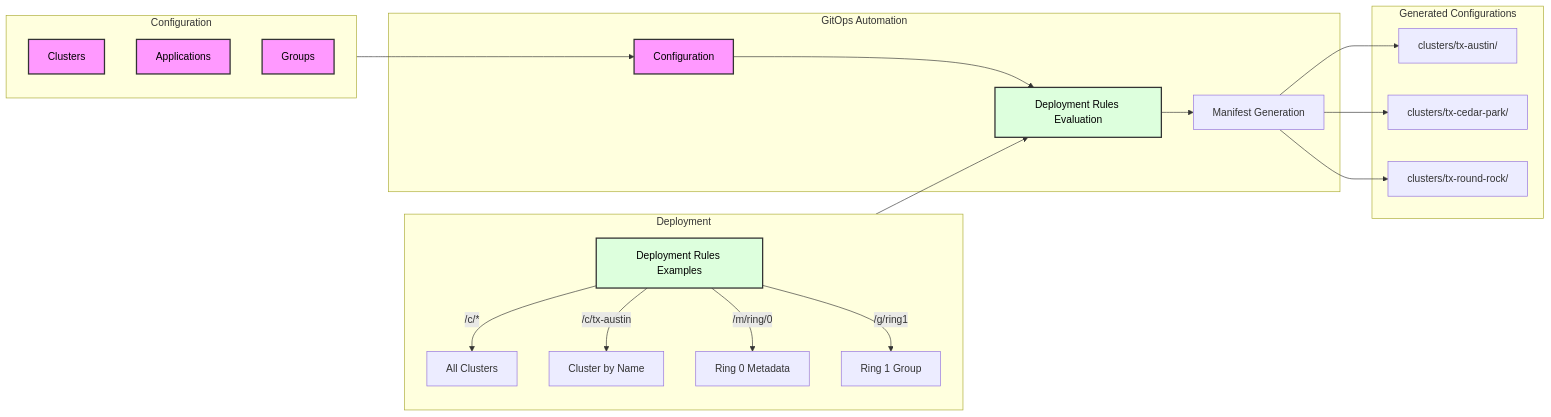
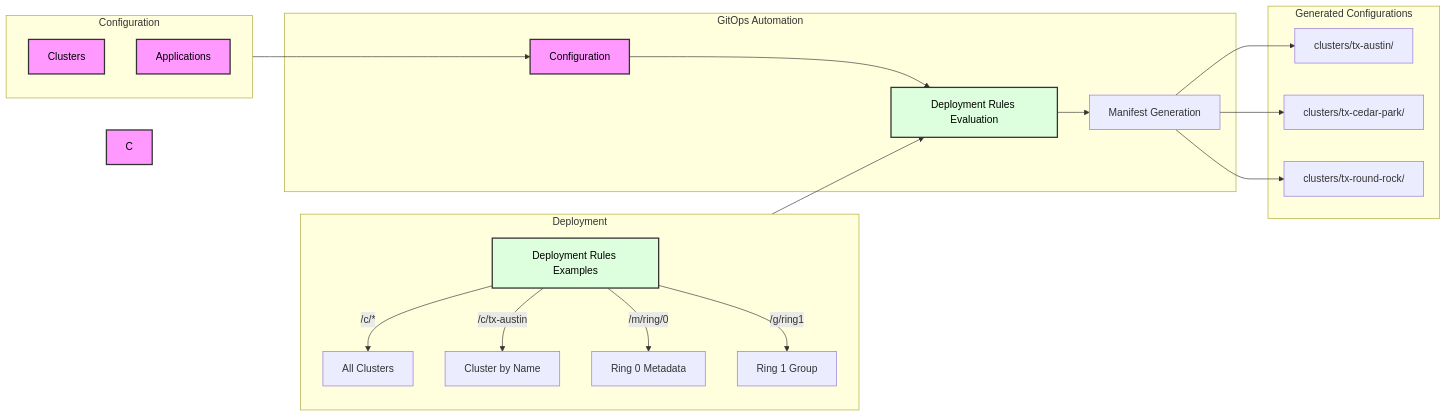
Before and after one commit to bartr/gitopsautomation: the first of 2 diagrams in README.md, drawn with Mermaid. The commit also changed other lines of this file and 8 other files, not shown here.

````diff
--- a/README.md
+++ b/README.md
@@ -117,37 +137,36 @@
 ```mermaid
 graph LR
     subgraph "Configuration"
         A[Clusters]
         B[Applications]
-        C[Groups]
     end
 
     subgraph "Deployment"
         J[Deployment Rules Examples]
         J --> |"/c/*"| K[All Clusters]
         J --> |"/c/tx-austin"| N[Cluster by Name]
         J --> |"/m/ring/0"| L[Ring 0 Metadata]
         J --> |"/g/ring1"| M[Ring 1 Group]
     end
 
     subgraph "GitOps Automation"
         O[Configuration] --> E[Deployment Rules Evaluation]
         E --> F[Manifest Generation]
     end
 
     subgraph "Generated Configurations"
         F --> G[clusters/tx-austin/]
         F --> H[clusters/tx-cedar-park/]
         F --> I[clusters/tx-round-rock/]
     end
 
     Configuration --> O
     Deployment --> E
 
     style A fill:#f9f,stroke:#333,stroke-width:2px,color:#000
     style B fill:#f9f,stroke:#333,stroke-width:2px,color:#000
     style C fill:#f9f,stroke:#333,stroke-width:2px,color:#000
     style E fill:#dfd,stroke:#333,stroke-width:2px,color:#000
     style J fill:#dfd,stroke:#333,stroke-width:2px,color:#000
     style O fill:#f9f,stroke:#333,stroke-width:2px,color:#000
 ```
````
